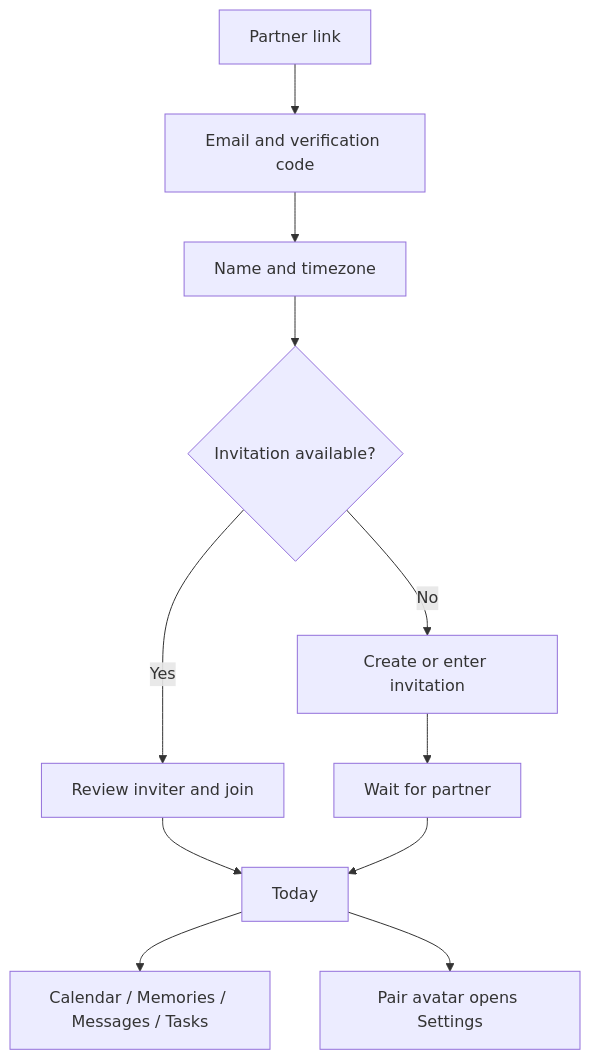
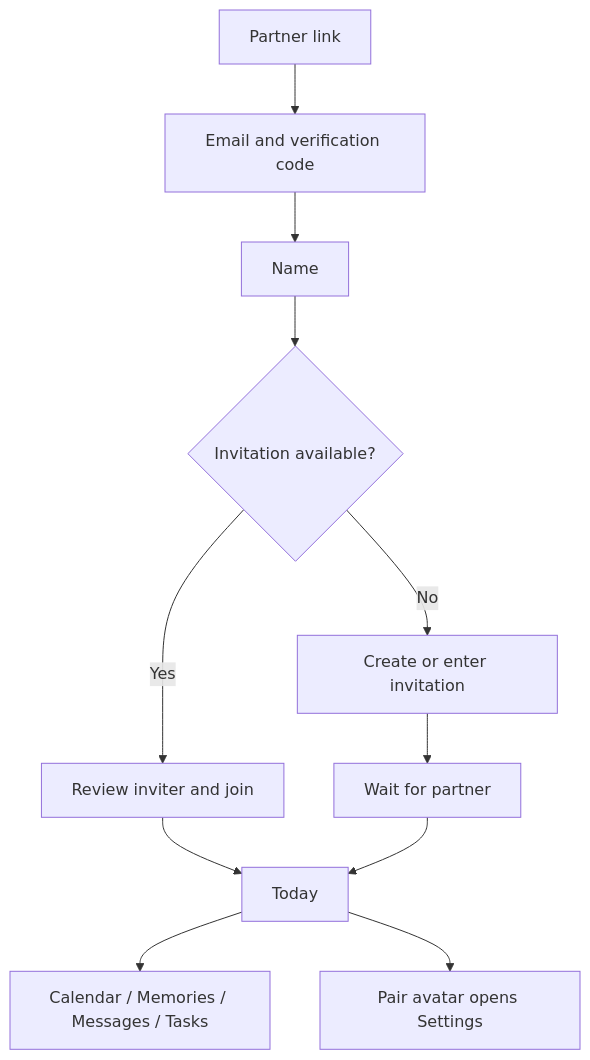
The diagram in docs/README.md (corashina/deseo), drawn with Mermaid before and after one commit. The commit also changed other lines of this file and 21 other files, not shown here.

````diff
--- a/docs/README.md
+++ b/docs/README.md
@@ -39,13 +39,13 @@
 ```mermaid
 flowchart TD
   Link[Partner link] --> Auth[Email and verification code]
-  Auth --> Profile[Name and timezone]
+  Auth --> Profile[Name]
   Profile --> Choice{Invitation available?}
   Choice -->|Yes| Confirm[Review inviter and join]
   Choice -->|No| Invite[Create or enter invitation]
   Invite --> Waiting[Wait for partner]
   Confirm --> Today[Today]
   Waiting --> Today
   Today --> Sections[Calendar / Memories / Messages / Tasks]
   Today --> Settings[Pair avatar opens Settings]
 ```
````
